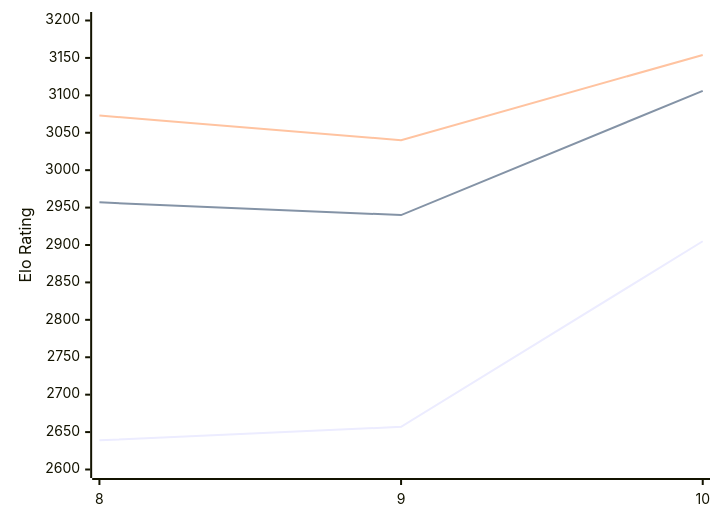
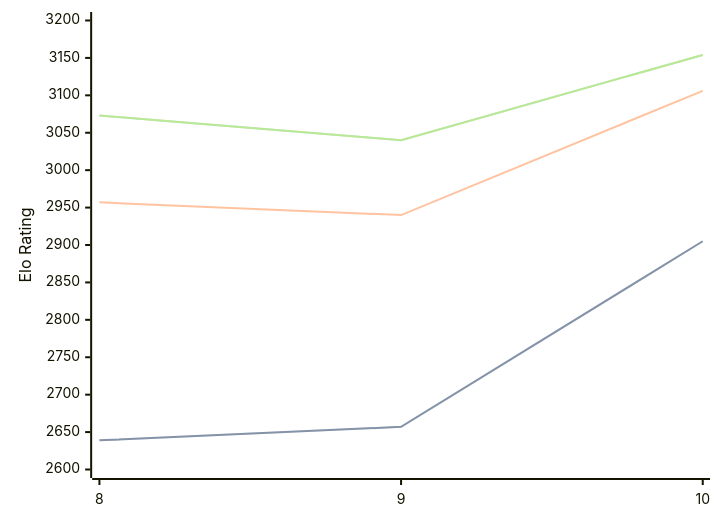
Before and after one commit to computer-chess-index/cci: the diagram in engines/Lozza.md, drawn with Mermaid. The commit also changed other lines of this file, not shown here.

Commit message:
Update CCI Ratings (ELO VLTC) - 2026-02-13

````diff
--- a/engines/Lozza.md
+++ b/engines/Lozza.md
@@ -36,9 +36,11 @@
 ```mermaid
 %%{init: {"theme":"base","themeVariables":{"seriesColors:['#a3a3a3','#222221','#faa371']}}}%%
 xychart-beta
   x-axis ["8", "9", "10"]
   y-axis "Elo Rating" 2600 --> 3200
   line "STC (8.0+0.08s)" [2639, 2657, 2905]
+  line "STC (8.0+0.08s)" [2639, 2657, 2905]
   line "LTC (60.0+0.60s)" [2957, 2940, 3106]
   line "VLTC (2m24s+1.12s)" [3073, 3040, 3154]
+  line "VLTC (2m24s+1.12s)" [3073, 3040, 3154]
 ```
````
